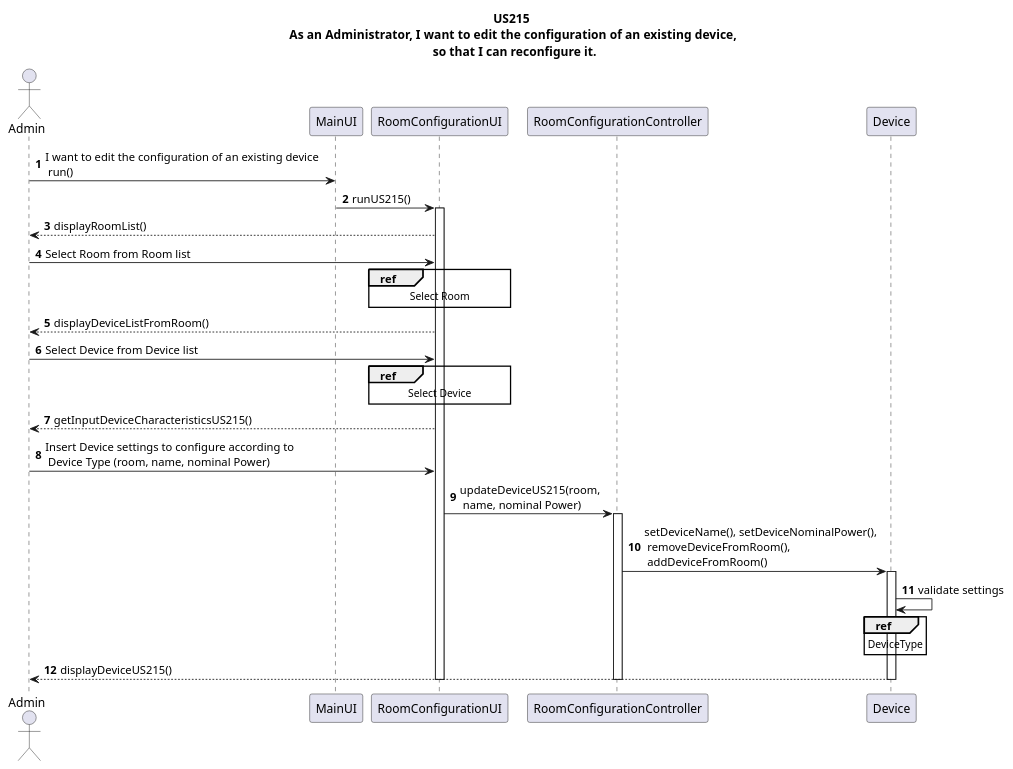
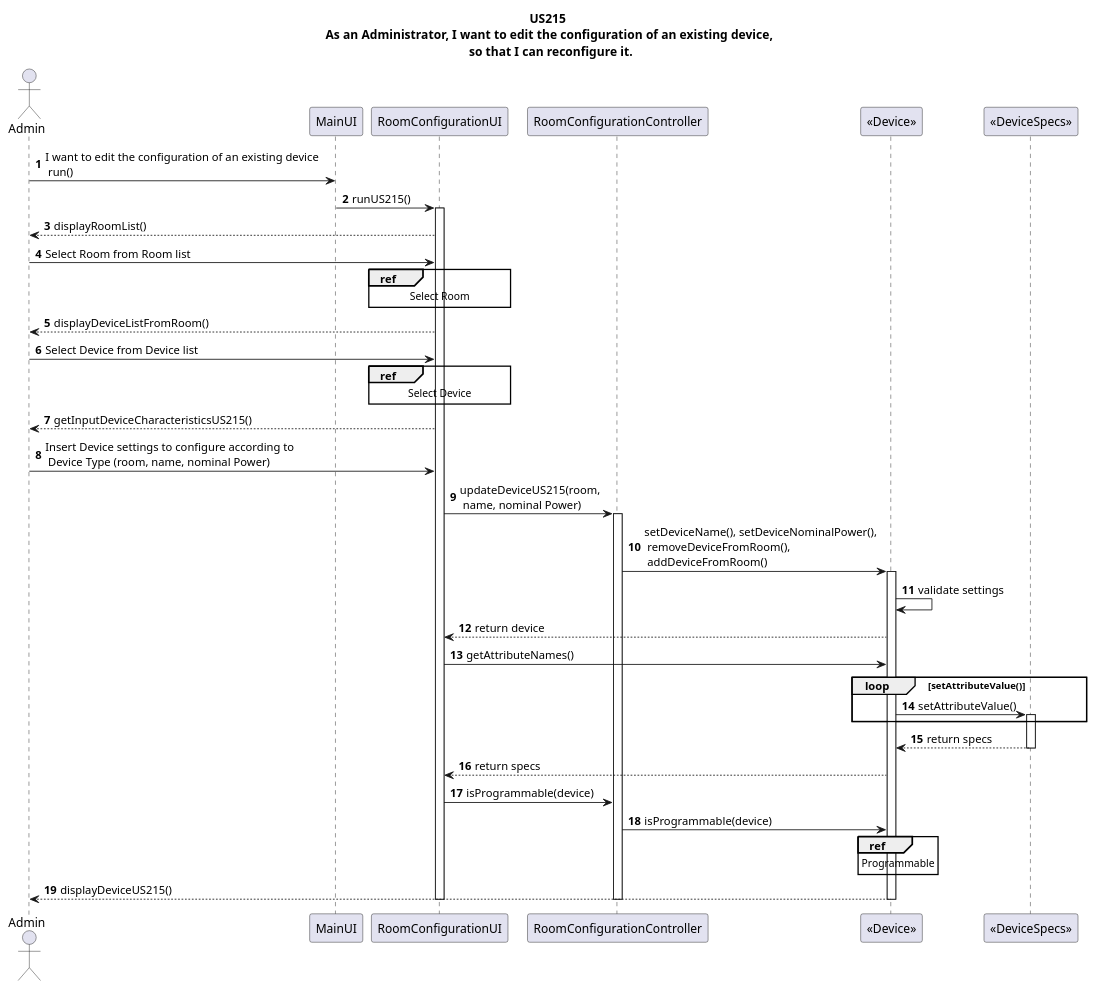
One commit to Almadanmp/project changed the diagram in uml/US215/US215.puml. Above: the diagram before and after it, drawn with PlantUML. The commit also changed 8 other files, not shown here.

Commit message:
updated UML sequences for US610, US215

```diff
--- a/uml/US215/US215.puml
+++ b/uml/US215/US215.puml
@@ -1,37 +1,48 @@
 @startuml
 title US215 \n As an Administrator, I want to edit the configuration of an existing device, \n so that I can reconfigure it.
 
 autonumber
 actor Admin
 Admin -> MainUI: I want to edit the configuration of an existing device \n run()
 MainUI -> RoomConfigurationUI: runUS215()
 activate RoomConfigurationUI
 
 RoomConfigurationUI --> Admin: displayRoomList()
 Admin -> RoomConfigurationUI: Select Room from Room list
 ref over RoomConfigurationUI
 Select Room
 end
 RoomConfigurationUI --> Admin:displayDeviceListFromRoom()
 Admin -> RoomConfigurationUI: Select Device from Device list
 ref over RoomConfigurationUI
 Select Device
 end
 RoomConfigurationUI --> Admin: getInputDeviceCharacteristicsUS215()
 Admin-> RoomConfigurationUI: Insert Device settings to configure according to \n Device Type (room, name, nominal Power)
 RoomConfigurationUI -> RoomConfigurationController: updateDeviceUS215(room, \n name, nominal Power)
 activate RoomConfigurationController
-RoomConfigurationController -> Device: setDeviceName(), setDeviceNominalPower(),\n removeDeviceFromRoom(),\n addDeviceFromRoom()
-activate Device
-Device -> Device: validate settings
+RoomConfigurationController -> "<<Device>>": setDeviceName(), setDeviceNominalPower(),\n removeDeviceFromRoom(),\n addDeviceFromRoom()
+activate "<<Device>>"
+"<<Device>>" -> "<<Device>>": validate settings
+"<<Device>>" -->RoomConfigurationUI: return device
+RoomConfigurationUI->"<<Device>>":getAttributeNames()
+loop setAttributeValue()
+"<<Device>>" -> "<<DeviceSpecs>>": setAttributeValue()
+activate "<<DeviceSpecs>>"
+end
+"<<DeviceSpecs>>"-->"<<Device>>":return specs
+deactivate "<<DeviceSpecs>>"
+"<<Device>>"-->RoomConfigurationUI:return specs
+RoomConfigurationUI->RoomConfigurationController: isProgrammable(device)
+RoomConfigurationController->"<<Device>>": isProgrammable(device)
 
-ref over Device
-DeviceType
+ref over "<<Device>>"
+Programmable
 end
-Device--> Admin: displayDeviceUS215()
+"<<Device>>"--> Admin: displayDeviceUS215()
 deactivate RoomConfigurationUI
 deactivate RoomConfigurationController
-deactivate Device
+deactivate "<<Device>>"
 
 
 @enduml
```
